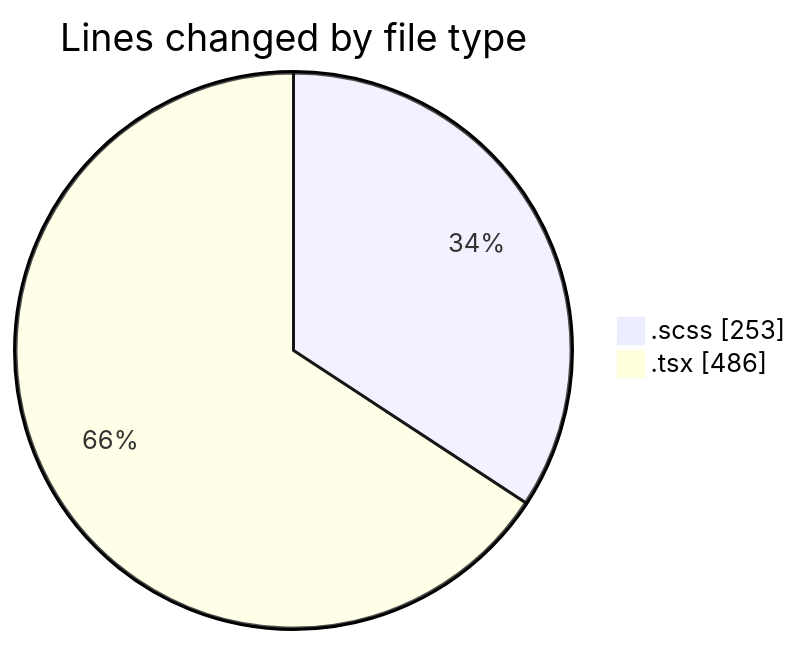
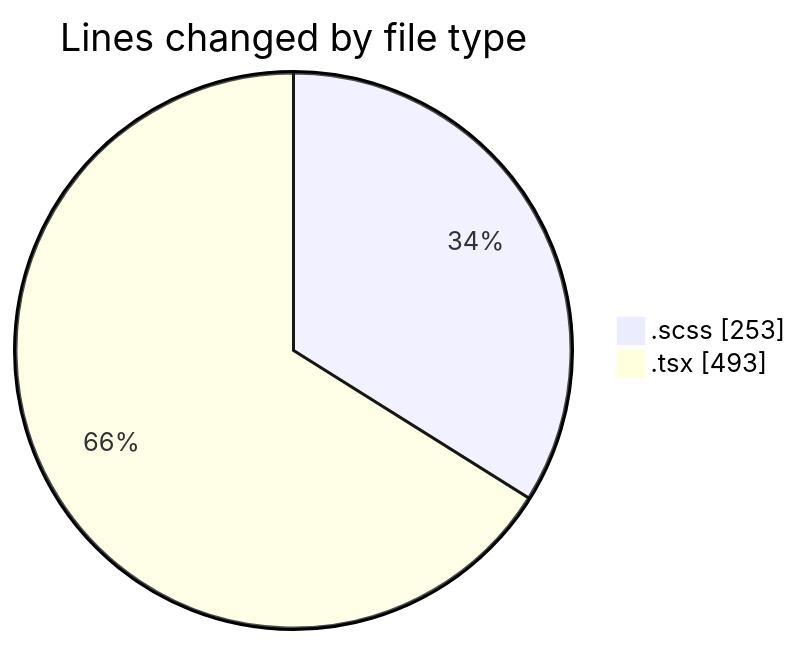
The first of 2 diagrams in 2025-08-28/cda/README.md (momahboobian/code-tracking), drawn with Mermaid before and after one commit. The commit also changed other lines of this file and 1 other file, not shown here.

````diff
--- a/2025-08-28/cda/README.md
+++ b/2025-08-28/cda/README.md
@@ -22,6 +22,6 @@
 ```mermaid
 pie showData
 title Lines changed by file type
 ".scss" : 253
-".tsx" : 486
+".tsx" : 493
 ```
````
